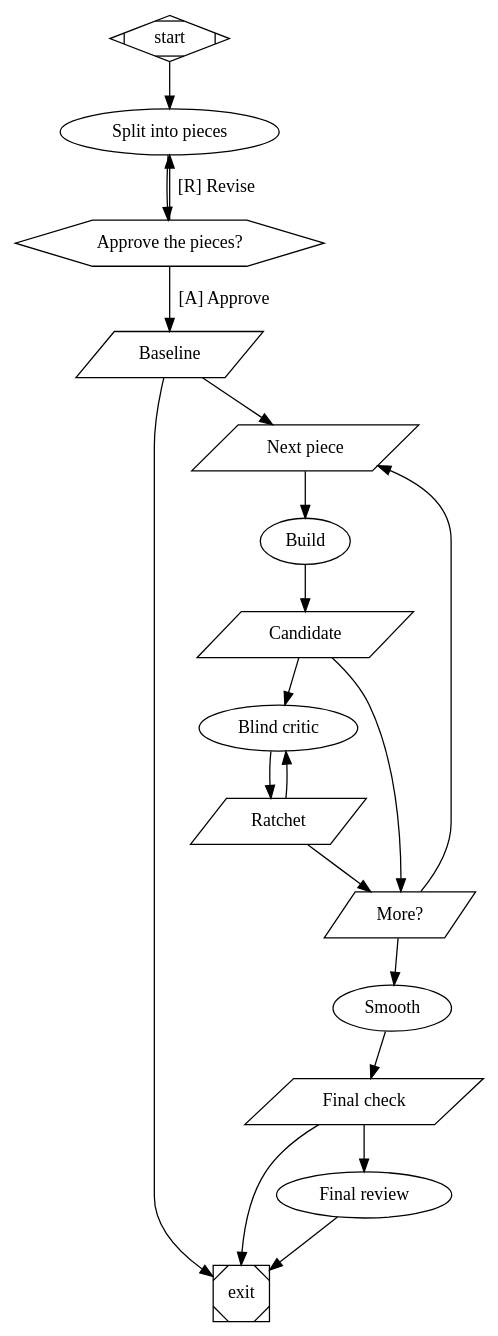
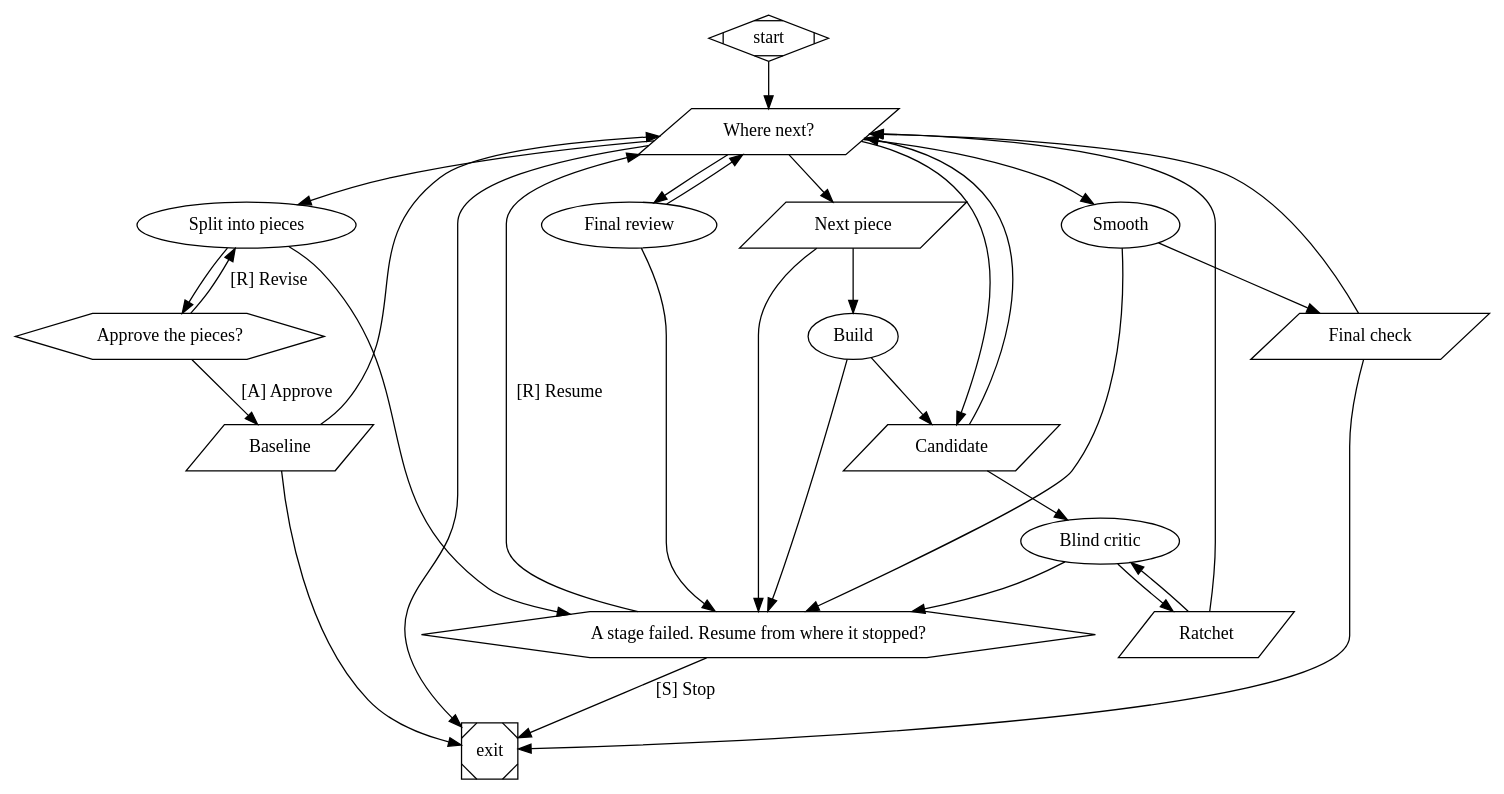
Before and after one commit to lean-software-production/ensembleworks: the diagram in plugins/bb-plugin-attractor/skills/gauntlet/gauntlet-loop.dot, drawn with Graphviz. The commit also changed 5 other files, not shown here.

First line of the commit message:
feat(attractor): make the Gauntlet Loop resumable and failure-safe

```diff
--- a/plugins/bb-plugin-attractor/skills/gauntlet/gauntlet-loop.dot
+++ b/plugins/bb-plugin-attractor/skills/gauntlet/gauntlet-loop.dot
@@ -1,94 +1,128 @@
 // A Gauntlet Loop (Matt Shumer's builder-versus-blind-critic method,
 // https://somethingbig.ai/gauntlet-loop) as an Attractor workflow.
 //
 // A lead stage splits the goal into pieces and a human approves the split.
 // Then, one piece at a time: a builder improves the piece; a command node
 // commits the result as a candidate, gates it on the plan's `check` command,
 // and exports the candidate and the currently kept version as an unlabelled
 // A/B pair; a FRESH critic thread (a new one every round, with
 // fidelity="truncate" so no earlier stage's reply reaches its prompt) picks
 // the better one against the bar; and a command node de-blinds the verdict
 // and ratchets — a winning candidate becomes the kept version, a losing one
 // is reset away. A piece ends when a critic judges the kept version to meet
 // the bar, when candidates keep losing (plateau), or when its round budget
 // is spent. A smoothing stage and a final review against the bar close the
 // run.
 //
 // The agents only ever build and judge. Everything an agent could batch,
 // skip or misreport — which piece is current, committing, the A/B order,
 // keeping or resetting, counting, stopping — is done by
 // .gauntlet/gauntlet-loop.mjs (installed, with this file, by
 // `node <skill dir>/gauntlet-loop.mjs setup`; see skills/gauntlet/SKILL.md).
 //
 // Before running: write .gauntlet/goal.md (what to build) and
 // .gauntlet/bar.md (the concrete, inspectable bar: reference files, URLs,
 // measurements). Run it from a clean feature branch — a losing round is
 // discarded with `git reset --hard`.
 //
+// Stopping and carrying on. Where a run stands is recorded by the helper,
+// not by the workflow run, and every loop iteration enters through the
+// `next` node, which asks the helper where to go. So:
+//   - A stage whose agent fails (a provider error Attractor could not wait
+//     out, a crashed worker) never has its non-result judged: it routes to
+//     the "A stage failed" gate, and Resume re-enters at `next`.
+//   - A stopped or failed run can be carried on with `bb attractor resume
+//     <runId>`, or by simply running this graph again: either way it picks
+//     up at the unfinished piece, or the round still waiting for a verdict.
+//   - A usage limit is waited out by Attractor itself: the stage shows as
+//     blocked with the time it will retry, and continues on the same worker.
+//
 // Limits of this version (see the skill): pieces run one at a time in the
 // origin thread's checkout, and the critic works in that same checkout, so
 // its blindness rests on the exported arena plus its instructions, not on
 // isolation.
 //
 // To put builders and critics on different models, add to the graph
 // attributes, e.g.:
 //   model_stylesheet=".builder { provider: claude-code; model: <id>; } .critic { provider: codex; model: <id>; reasoning_effort: high; }"
 digraph GauntletLoop {
   graph [goal="Build what .gauntlet/goal.md describes, to the bar in .gauntlet/bar.md",
-         max_node_visits=80]
+         max_node_visits=120]
   start [shape=Mdiamond]
   exit  [shape=Msquare]
 
   plan [label="Split into pieces", max_visits=4, timeout="30m",
         prompt="You are the lead of a Gauntlet Loop. Read .gauntlet/goal.md (the goal) and .gauntlet/bar.md (the bar the result must be judged against), then explore this repository enough to decide HOW to reach the goal. The goal says what, not how: the architecture is your call.\n\nSplit the work into the smallest pieces that can each be improved and judged on their own — typically 2 to 6. Order them so each builds on the ones before it: they run one at a time, each starting from the previous pieces' kept result. Do not write any product code yourself.\n\nWrite two files.\n\n(1) .gauntlet/pieces.json, a JSON object:\n{\n  \"check\": \"<one shell command, run from the repo root, that must pass for any candidate to be judged at all — the repo's typecheck and tests; it must pass right now>\",\n  \"limits\": {\"max_rounds\": 5, \"plateau\": 2},\n  \"pieces\": [\n    {\"id\": \"<lowercase-dashed-id>\", \"title\": \"<short title>\", \"brief\": \"<what the builder must produce or improve for this piece, and where>\", \"bar\": \"<what, concretely, the bar means for this piece: the reference to beat and how a critic can tell>\", \"evidence\": \"<one shell command whose output shows this piece actually working — a test run, a CLI invocation, a rendered page dumped to text. A blind critic sees this output for both versions, so make it show behaviour, not claims>\"}\n  ]\n}\nmax_rounds caps the judged rounds per piece; plateau is how many candidates in a row may lose before the piece stops.\n\n(2) .gauntlet/plan.md: a short plan a human will approve — the approach you chose and why, a table of the pieces (id, what it delivers, how it is evidenced), the check command, and anything about the bar you found vague or unverifiable. If the bar gives a critic nothing concrete to compare against, say so plainly at the top.\n\nReply with one line: how many pieces, and the check command."]
 
   approve [shape=hexagon, label="Approve the pieces?", review_target=".gauntlet/plan.md"]
 
   init [shape=parallelogram, label="Baseline", timeout="35m",
         script=".gauntlet/g init"]
 
   brief [shape=parallelogram, label="Next piece", timeout="15m",
          script=".gauntlet/g brief"]
 
   build [label="Build", class="builder", timeout="60m",
          prompt="You are a builder in a Gauntlet Loop. Read .gauntlet/brief.md and do exactly what it says: it names the one piece you are improving, the bar, what blind critics said about earlier rounds, and the rules. Do not commit. When you are finished, reply with the single line `candidate ready` and nothing else."]
 
   snapshot [shape=parallelogram, label="Candidate", timeout="45m",
             script=".gauntlet/g snapshot"]
 
   critic [label="Blind critic", class="critic", fidelity="truncate", timeout="45m",
           prompt="You are a blind critic. Read .gauntlet/arena/BRIEF.md and follow it exactly: compare the two unlabelled versions in .gauntlet/arena/A and .gauntlet/arena/B against the bar, then record your verdict with the one command it gives you. Look at nothing outside .gauntlet/arena/. Reply with one line when the verdict is recorded."]
 
   ratchet [shape=parallelogram, label="Ratchet", timeout="5m",
            script=".gauntlet/g ratchet"]
 
-  count [shape=parallelogram, label="More?", timeout="1m",
-         script=".gauntlet/g count"]
+  next [shape=parallelogram, label="Where next?", timeout="1m",
+        script=".gauntlet/g next"]
+
+  stalled [shape=hexagon, label="A stage failed. Resume from where it stopped?"]
 
   smooth [label="Smooth", class="builder", timeout="60m",
           prompt="Every piece of this Gauntlet Loop has finished; .gauntlet/progress.md lists them and how each ended. The pieces were improved separately. Read .gauntlet/goal.md and .gauntlet/bar.md, then make one pass over the whole result so it reads and behaves as one thing: consistent naming, no duplicated helpers, no seams between pieces, nothing left half-wired. Change no behaviour that a piece won on, and add no new features. Do not commit — the next stage keeps your changes only if the check command still passes. Reply with a short list of what you smoothed, or `nothing to smooth`."]
 
   finish [shape=parallelogram, label="Final check", goal_gate=true, timeout="45m",
           script=".gauntlet/g finish"]
 
   review [label="Final review", class="critic", fidelity="truncate", timeout="45m",
           prompt="You are a fresh reviewer who has seen none of the work that led here. Read .gauntlet/goal.md and .gauntlet/bar.md, then judge the project in the working tree as it stands against that bar: run it, read it, measure it. Do not read git history or .gauntlet/progress.md first — form your own view from the artifact. Write .gauntlet/final-review.md with: a one-paragraph verdict (does it meet the bar — yes, nearly, or no); the gaps that remain, largest first, each concrete enough to act on; and what you ran or inspected to reach that view. Change no other file. Reply with the one-paragraph verdict."]
 
-  start -> plan -> approve
+  start -> next
+  next -> plan     [condition="command.output contains GO_PLAN"]
+  next -> brief    [condition="command.output contains GO_BUILD"]
+  next -> snapshot [condition="command.output contains GO_JUDGE"]
+  next -> smooth   [condition="command.output contains GO_SMOOTH"]
+  next -> review   [condition="command.output contains GO_REVIEW"]
+  next -> exit     [condition="command.output contains GO_END"]
+
+  plan -> approve [condition="outcome=succeeded"]
+  plan -> stalled [condition="outcome=failed"]
   approve -> init [label="[A] Approve"]
   approve -> plan [label="[R] Revise"]
-  init -> brief [condition="outcome=succeeded"]
-  init -> exit  [condition="outcome=failed"]
-  brief -> build -> snapshot
-  snapshot -> critic [condition="outcome=succeeded"]
-  snapshot -> count  [condition="outcome=failed"]
-  critic -> ratchet
-  ratchet -> count  [condition="outcome=succeeded"]
-  ratchet -> critic [condition="outcome=failed"]
-  count -> brief  [condition="command.output contains MORE"]
-  count -> smooth [condition="command.output contains DONE"]
-  smooth -> finish
-  finish -> review [condition="outcome=succeeded"]
-  finish -> exit   [condition="outcome=failed"]
-  review -> exit
+  init -> next [condition="outcome=succeeded"]
+  init -> exit [condition="outcome=failed"]
+
+  // One round. Only a stage that actually succeeded is ever judged: a
+  // failed builder or critic goes to the gate, never on to snapshot/ratchet.
+  brief -> build      [condition="outcome=succeeded"]
+  brief -> stalled    [condition="outcome=failed"]
+  build -> snapshot   [condition="outcome=succeeded"]
+  build -> stalled    [condition="outcome=failed"]
+  snapshot -> critic  [condition="outcome=succeeded"]
+  snapshot -> next    [condition="outcome=failed"]
+  critic -> ratchet   [condition="outcome=succeeded"]
+  critic -> stalled   [condition="outcome=failed"]
+  ratchet -> next     [condition="outcome=succeeded"]
+  ratchet -> critic   [condition="outcome=failed"]
+
+  smooth -> finish  [condition="outcome=succeeded"]
+  smooth -> stalled [condition="outcome=failed"]
+  finish -> next [condition="outcome=succeeded"]
+  finish -> exit [condition="outcome=failed"]
+  review -> next    [condition="outcome=succeeded"]
+  review -> stalled [condition="outcome=failed"]
+
+  stalled -> next [label="[R] Resume"]
+  stalled -> exit [label="[S] Stop"]
 }
```
